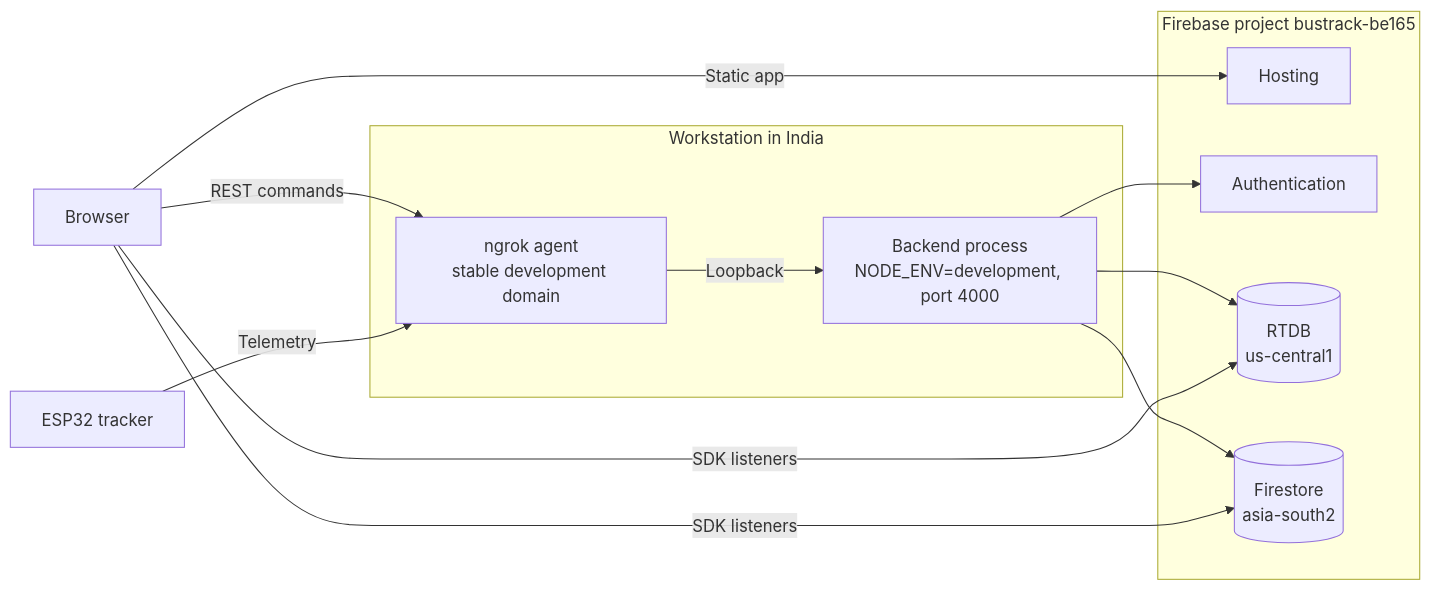
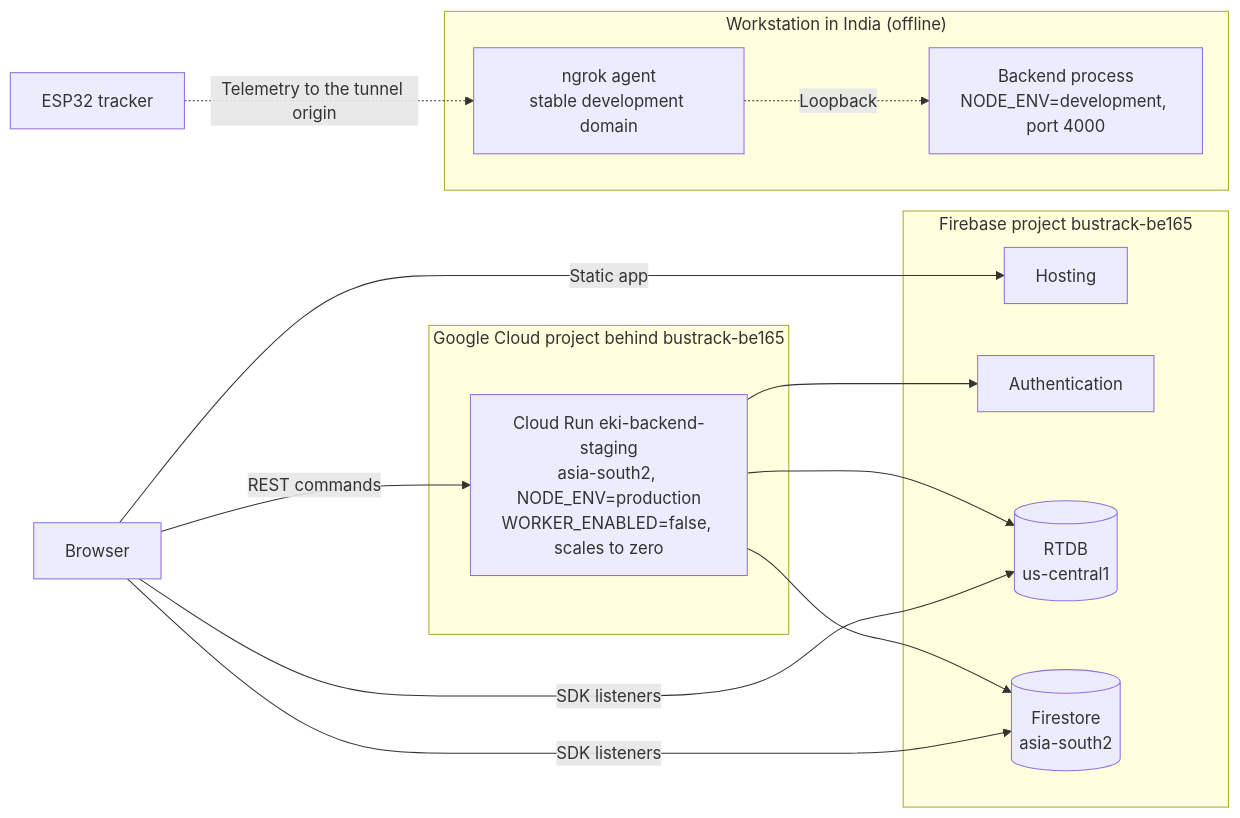
One commit to notnamansinha/Eki changed the third of 6 diagrams in docs/design/ARCHITECTURE.md. Above: the diagram before and after it, drawn with Mermaid. The commit also changed other lines of this file and 27 other files, not shown here.

````diff
--- a/docs/design/ARCHITECTURE.md
+++ b/docs/design/ARCHITECTURE.md
@@ -133,24 +133,27 @@
 ```mermaid
 flowchart LR
     phone["Browser"]
     esp["ESP32 tracker"]
-    subgraph ws["Workstation in India"]
+    subgraph gcp["Google Cloud project behind bustrack-be165"]
+        run["Cloud Run eki-backend-staging<br/>asia-south2, NODE_ENV=production<br/>WORKER_ENABLED=false, scales to zero"]
+    end
+    subgraph ws["Workstation in India (offline)"]
         ngrok["ngrok agent<br/>stable development domain"]
         proc1["Backend process<br/>NODE_ENV=development, port 4000"]
     end
     subgraph fb["Firebase project bustrack-be165"]
         host["Hosting"]
         authn["Authentication"]
         db1[("RTDB<br/>us-central1")]
         db2[("Firestore<br/>asia-south2")]
     end
     phone -->|"Static app"| host
-    phone -->|"REST commands"| ngrok
-    esp -->|"Telemetry"| ngrok
-    ngrok -->|"Loopback"| proc1
-    proc1 --> authn
-    proc1 --> db1
-    proc1 --> db2
+    phone -->|"REST commands"| run
+    esp -.->|"Telemetry to the tunnel origin"| ngrok
+    ngrok -.->|"Loopback"| proc1
+    run --> authn
+    run --> db1
+    run --> db2
     phone -->|"SDK listeners"| db1
     phone -->|"SDK listeners"| db2
 ```
````
